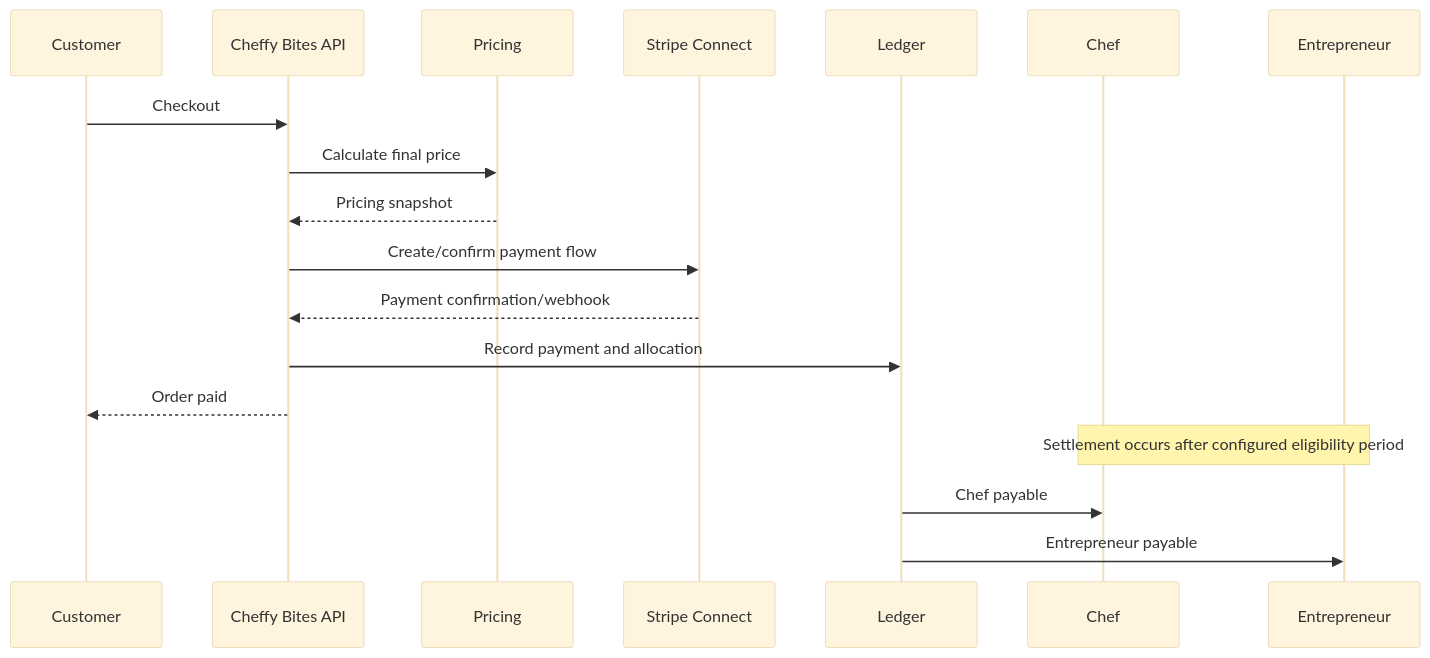
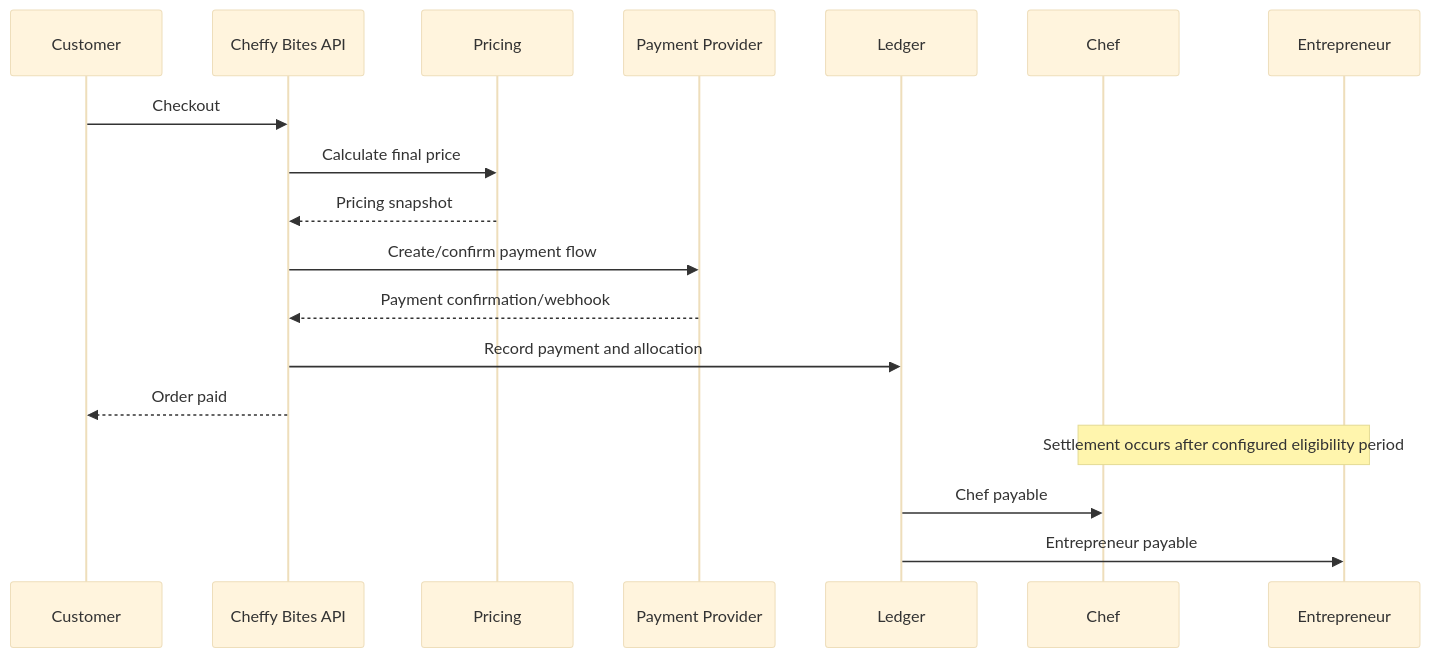
One commit to anshikuper/cheffybites changed the ninth of 13 diagrams in docs/02-detailed-architecture.md. Above: the diagram before and after it, drawn with Mermaid (base theme). The commit also changed other lines of this file and 17 other files, not shown here.

Commit message:
Updated Architecture Diagram after reconcile with zoo code and copilot

````diff
--- a/docs/02-detailed-architecture.md
+++ b/docs/02-detailed-architecture.md
@@ -1638,22 +1810,22 @@
 ```mermaid
 sequenceDiagram
     participant C as Customer
     participant API as Cheffy Bites API
     participant P as Pricing
-    participant S as Stripe Connect
+    participant S as Payment Provider
     participant L as Ledger
     participant H as Chef
     participant E as Entrepreneur
 
     C->>API: Checkout
     API->>P: Calculate final price
     P-->>API: Pricing snapshot
     API->>S: Create/confirm payment flow
     S-->>API: Payment confirmation/webhook
     API->>L: Record payment and allocation
     API-->>C: Order paid
 
     Note over H,E: Settlement occurs after configured eligibility period
     L->>H: Chef payable
     L->>E: Entrepreneur payable
 ```
````
